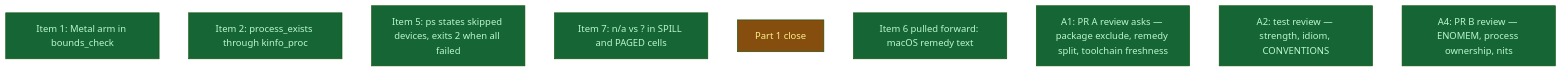
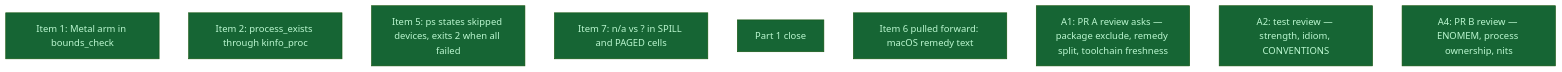
Before and after one commit to LittleCoinCoin/hypomnesis: the diagram in __roadmap__/v0214-sandbox/part1/README.md, drawn with Mermaid (forest theme). The commit also changed other lines of this file and 5 other files, not shown here.

First line of the commit message:
docs(roadmap): PR C is ready for review; part2, close and part1 are done

````diff
--- a/__roadmap__/v0214-sandbox/part1/README.md
+++ b/__roadmap__/v0214-sandbox/part1/README.md
@@ -26,17 +26,17 @@
 ```mermaid
 graph TD
     metal_bounds_check[Item 1: Metal arm in bounds_check]:::done
     process_exists_kinfo[Item 2: process_exists through kinfo_proc]:::done
     ps_failed_devices[Item 5: ps states skipped devices, exits 2 when all failed]:::done
     spill_cell_na[Item 7: n/a vs ? in SPILL and PAGED cells]:::done
-    close[Part 1 close]:::inprogress
+    close[Part 1 close]:::done
     remedy_macos[Item 6 pulled forward: macOS remedy text]:::done
     maintainer_review_a[A1: PR A review asks — package exclude, remedy split, toolchain freshness]:::done
     test_review_b[A2: test review — strength, idiom, CONVENTIONS]:::done
     maintainer_review_b[A4: PR B review — ENOMEM, process ownership, nits]:::done
     classDef done       fill:#166534,color:#bbf7d0
     classDef inprogress fill:#854d0e,color:#fef08a
     classDef planned    fill:#374151,color:#e5e7eb
     classDef amendment  fill:#1e3a5f,color:#bfdbfe
     classDef blocked    fill:#7f1d1d,color:#fecaca
 ```
````
